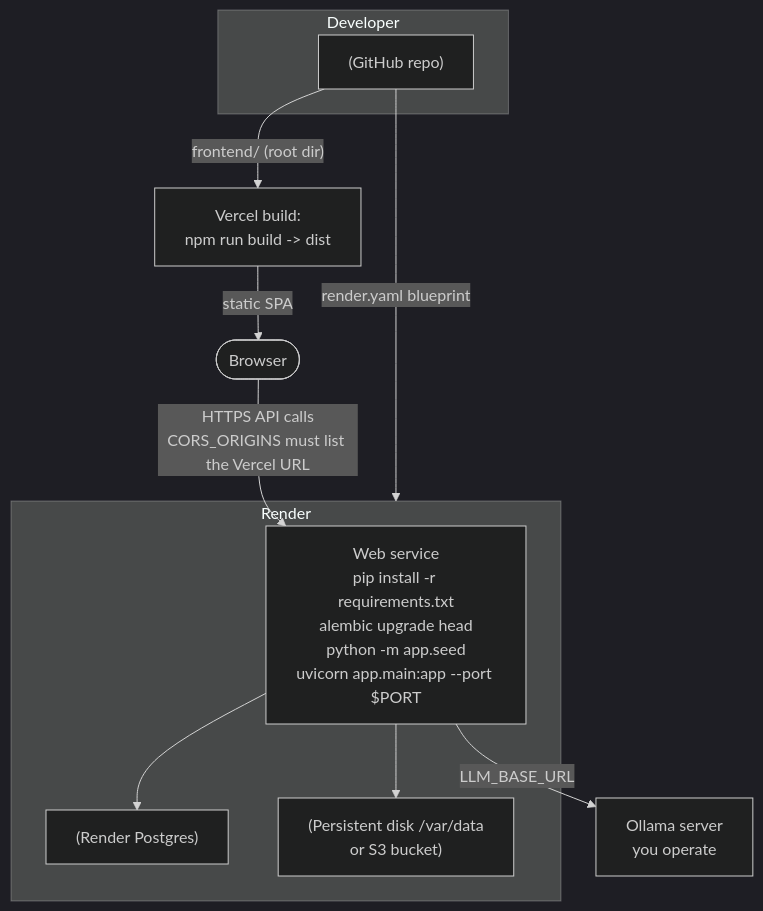
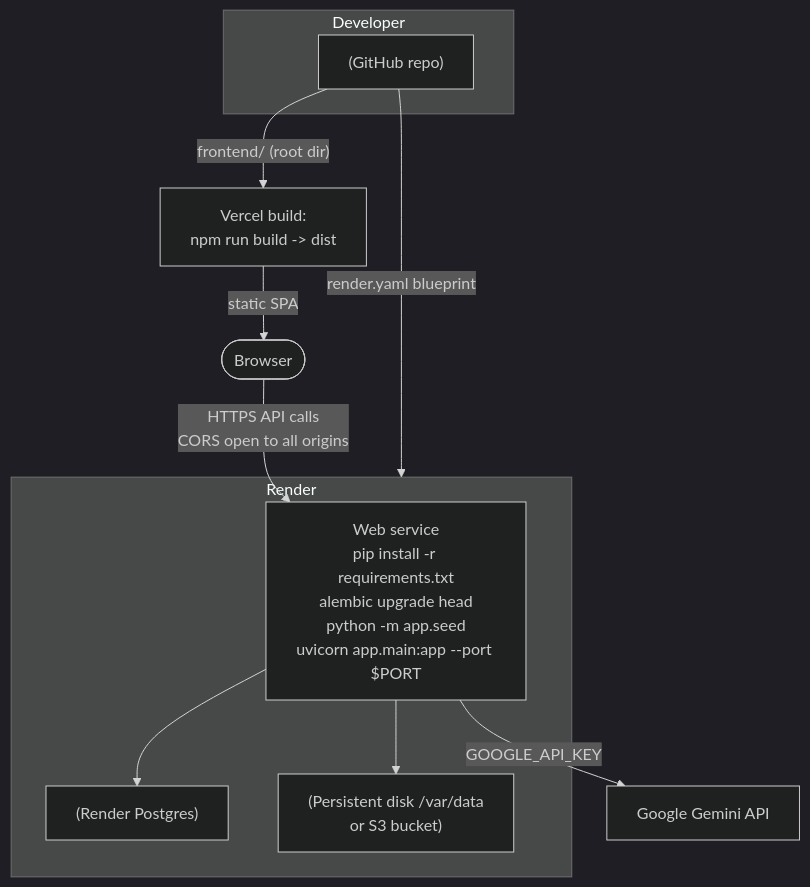
Diagram 16 of 16 in docs/ARCHITECTURE.md (SaiKeerthanaPalavalasa28/GreenTrace), drawn with Mermaid (dark theme) before and after one commit. The commit also changed other lines of this file and 12 other files, not shown here.

````diff
--- a/docs/ARCHITECTURE.md
+++ b/docs/ARCHITECTURE.md
@@ -675,18 +675,18 @@
 ```mermaid
 flowchart TB
     subgraph Developer
       GH["(GitHub repo)"]
     end
     GH -->|"frontend/ (root dir)"| VC["Vercel build:<br/>npm run build -> dist"]
     GH -->|"render.yaml blueprint"| RD[Render]
     subgraph RD[Render]
       WS["Web service<br/>pip install -r requirements.txt<br/>alembic upgrade head<br/>python -m app.seed<br/>uvicorn app.main:app --port $PORT"]
       PG["(Render Postgres)"]
       DK["(Persistent disk /var/data<br/>or S3 bucket)"]
       WS --> PG
       WS --> DK
     end
     VC -->|static SPA| USER([Browser])
-    USER -->|"HTTPS API calls<br/>CORS_ORIGINS must list the Vercel URL"| WS
-    WS -->|"LLM_BASE_URL"| OLL["Ollama server<br/>you operate"]
+    USER -->|"HTTPS API calls<br/>CORS open to all origins"| WS
+    WS -->|"GOOGLE_API_KEY"| OLL["Google Gemini API"]
 ```
````
